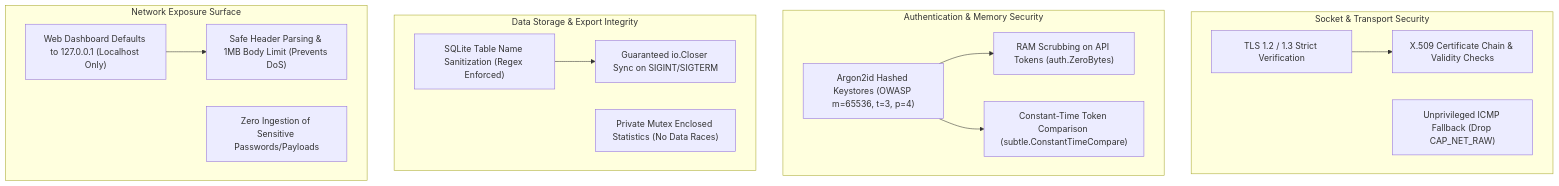
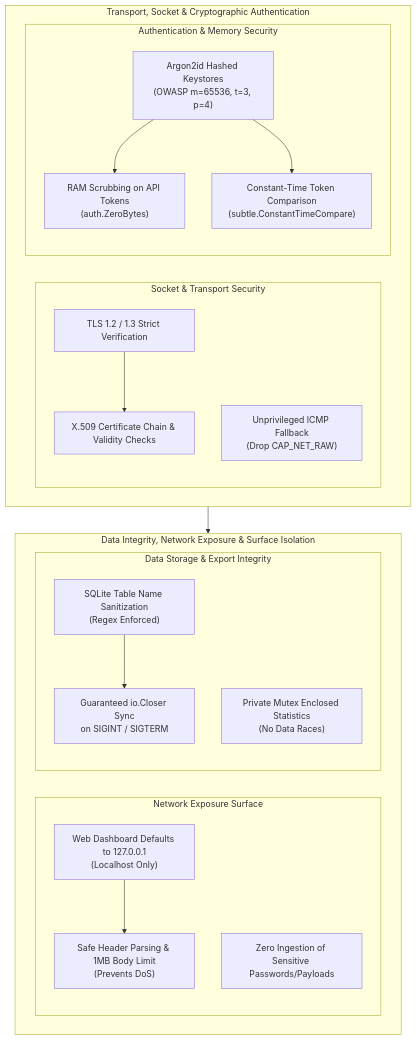
The fifth of 5 diagrams in ARCHITECTURE.md (edsilegxrepo/netping), drawn with Mermaid before and after one commit. The commit also changed other lines of this file and 2 other files, not shown here.

````diff
--- a/ARCHITECTURE.md
+++ b/ARCHITECTURE.md
@@ -300,32 +307,37 @@
 ```mermaid
-graph TB
-    subgraph SocketSecurity ["Socket & Transport Security"]
-        TLSVal["TLS 1.2 / 1.3 Strict Verification"]
-        CertChecks["X.509 Certificate Chain & Validity Checks"]
-        RawSocketDrop["Unprivileged ICMP Fallback (Drop CAP_NET_RAW)"]
+flowchart TD
+    subgraph Row1 ["Transport, Socket & Cryptographic Authentication"]
+        direction LR
+        
+        subgraph SocketSecurity ["Socket & Transport Security"]
+            direction TB
+            TLSVal["TLS 1.2 / 1.3 Strict Verification"] --> CertChecks["X.509 Certificate Chain & Validity Checks"]
+            RawSocketDrop["Unprivileged ICMP Fallback<br/>(Drop CAP_NET_RAW)"]
+        end
+
+        subgraph AuthSecurity ["Authentication & Memory Security"]
+            direction TB
+            ArgonHash["Argon2id Hashed Keystores<br/>(OWASP m=65536, t=3, p=4)"]
+            ArgonHash --> MemScrub["RAM Scrubbing on API Tokens<br/>(auth.ZeroBytes)"]
+            ArgonHash --> TimeConstant["Constant-Time Token Comparison<br/>(subtle.ConstantTimeCompare)"]
+        end
     end
 
-    subgraph AuthSecurity ["Authentication & Memory Security"]
-        ArgonHash["Argon2id Hashed Keystores (OWASP m=65536, t=3, p=4)"]
-        MemScrub["RAM Scrubbing on API Tokens (auth.ZeroBytes)"]
-        TimeConstant["Constant-Time Token Comparison (subtle.ConstantTimeCompare)"]
+    subgraph Row2 ["Data Integrity, Network Exposure & Surface Isolation"]
+        direction LR
+        
+        subgraph NetworkSurface ["Network Exposure Surface"]
+            direction TB
+            LoopbackOnly["Web Dashboard Defaults to 127.0.0.1<br/>(Localhost Only)"] --> ReadHeaders["Safe Header Parsing & 1MB Body Limit<br/>(Prevents DoS)"]
+            NoAuthData["Zero Ingestion of Sensitive Passwords/Payloads"]
+        end
+
+        subgraph DataIntegrity ["Data Storage & Export Integrity"]
+            direction TB
+            SQLSanitize["SQLite Table Name Sanitization<br/>(Regex Enforced)"] --> BufferSync["Guaranteed io.Closer Sync<br/>on SIGINT / SIGTERM"]
+            MemoryIsolation["Private Mutex Enclosed Statistics<br/>(No Data Races)"]
+        end
     end
 
-    subgraph DataIntegrity ["Data Storage & Export Integrity"]
-        SQLSanitize["SQLite Table Name Sanitization (Regex Enforced)"]
-        BufferSync["Guaranteed io.Closer Sync on SIGINT/SIGTERM"]
-        MemoryIsolation["Private Mutex Enclosed Statistics (No Data Races)"]
-    end
-
-    subgraph NetworkSurface ["Network Exposure Surface"]
-        LoopbackOnly["Web Dashboard Defaults to 127.0.0.1 (Localhost Only)"]
-        ReadHeaders["Safe Header Parsing & 1MB Body Limit (Prevents DoS)"]
-        NoAuthData["Zero Ingestion of Sensitive Passwords/Payloads"]
-    end
-
-    TLSVal --> CertChecks
-    ArgonHash --> MemScrub
-    ArgonHash --> TimeConstant
-    SQLSanitize --> BufferSync
-    LoopbackOnly --> ReadHeaders
+    Row1 --> Row2
 ```
````
